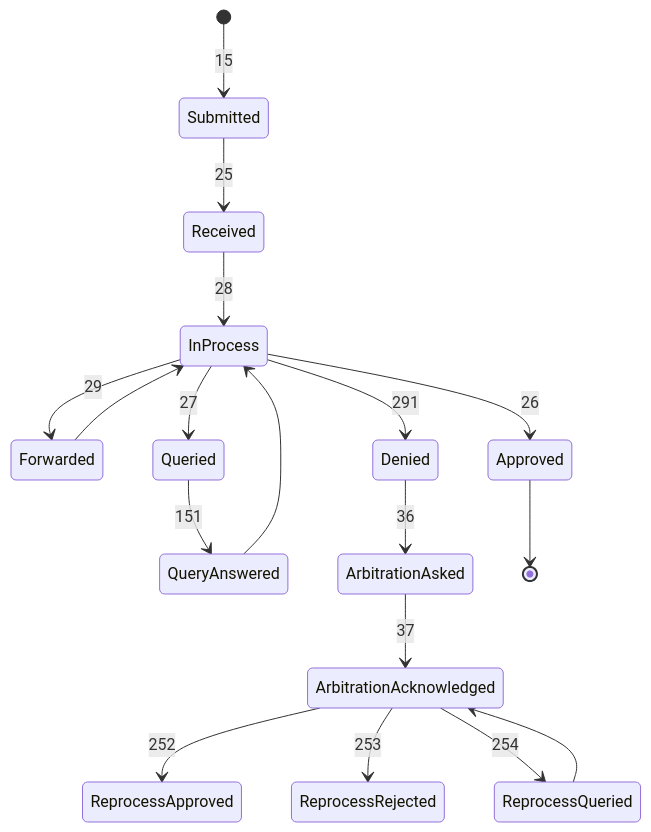
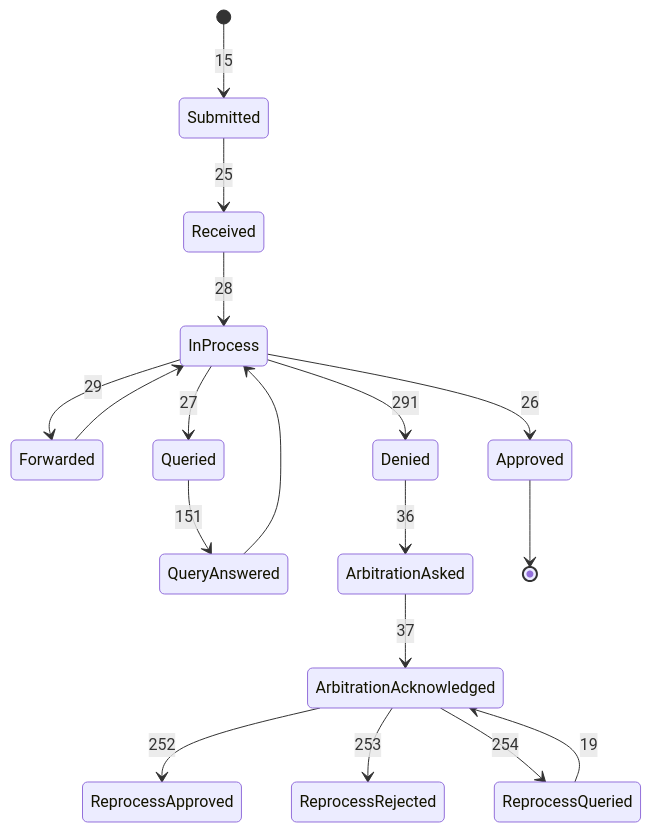
Before and after one commit to nha-in/docs: the second of 3 diagrams in site/docs/nhcx/v1/concepts/workflow-codes.mdx, drawn with Mermaid. The commit also changed 5 other files, not shown here.

````diff
--- a/site/docs/nhcx/v1/concepts/workflow-codes.mdx
+++ b/site/docs/nhcx/v1/concepts/workflow-codes.mdx
@@ -55,20 +55,20 @@
 ```mermaid
 stateDiagram-v2
   [*] --> Submitted: 15
   Submitted --> Received: 25
   Received --> InProcess: 28
   InProcess --> Forwarded: 29
   Forwarded --> InProcess
   InProcess --> Queried: 27
   Queried --> QueryAnswered: 151
   QueryAnswered --> InProcess
   InProcess --> Approved: 26
   InProcess --> Denied: 291
   Denied --> ArbitrationAsked: 36
   ArbitrationAsked --> ArbitrationAcknowledged: 37
   ArbitrationAcknowledged --> ReprocessApproved: 252
   ArbitrationAcknowledged --> ReprocessRejected: 253
   ArbitrationAcknowledged --> ReprocessQueried: 254
-  ReprocessQueried --> ArbitrationAcknowledged
+  ReprocessQueried --> ArbitrationAcknowledged: 19
   Approved --> [*]
 ```
````
